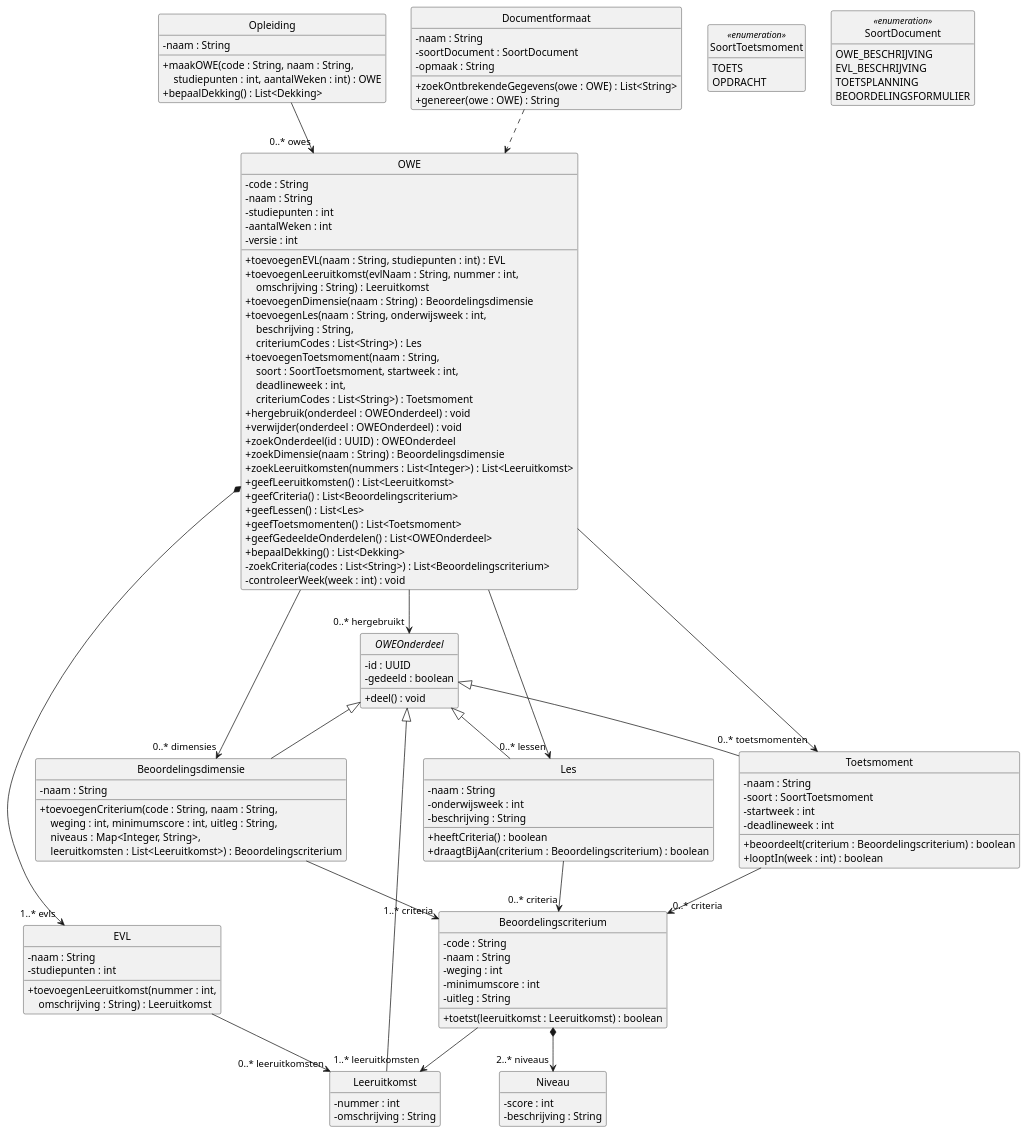
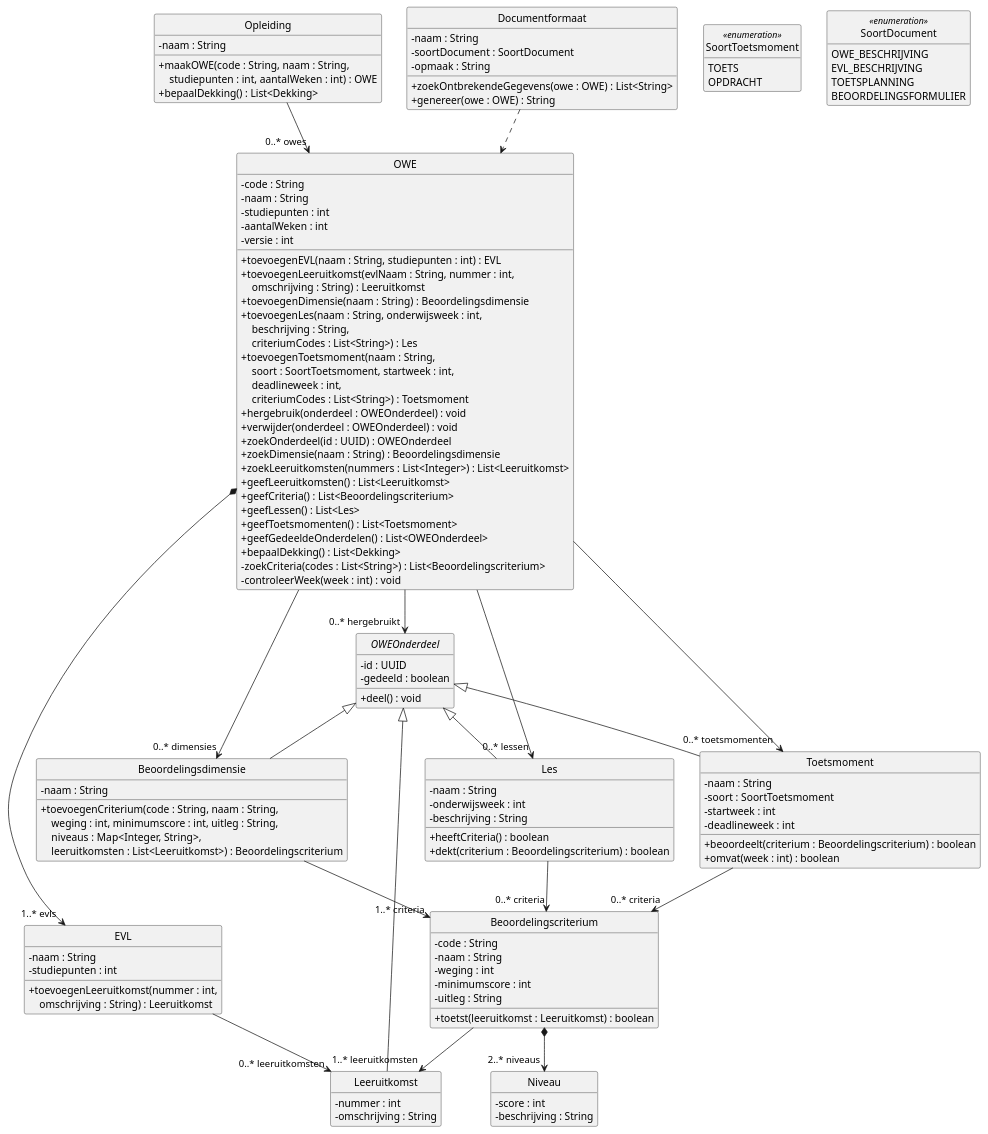
The diagram in docs/diagrams/klassendiagram-domein.puml (HAN-Craftsmanship-KL-JJG/casus), drawn with PlantUML before and after one commit. The commit also changed 4 other files, not shown here.

```diff
--- a/docs/diagrams/klassendiagram-domein.puml
+++ b/docs/diagrams/klassendiagram-domein.puml
@@ -1,145 +1,145 @@
 @startuml klassendiagram-domein
 ' Design class diagram van ICDE: de domeinklassen. Toelichting: docs/klassendiagram.md
 ' Getters en setters staan er niet in, zoals bij Larman (7.6).
 skinparam style strictuml
 skinparam shadowing false
 skinparam defaultFontName Helvetica
 skinparam classAttributeIconSize 0
 hide empty members
 
 class Opleiding {
   - naam : String
   + maakOWE(code : String, naam : String,\n    \
 studiepunten : int, aantalWeken : int) : OWE
   + bepaalDekking() : List<Dekking>
 }
 
 class OWE {
   - code : String
   - naam : String
   - studiepunten : int
   - aantalWeken : int
   - versie : int
   + toevoegenEVL(naam : String, studiepunten : int) : EVL
   + toevoegenLeeruitkomst(evlNaam : String, nummer : int,\n    \
 omschrijving : String) : Leeruitkomst
   + toevoegenDimensie(naam : String) : Beoordelingsdimensie
   + toevoegenLes(naam : String, onderwijsweek : int,\n    \
 beschrijving : String,\n    \
 criteriumCodes : List<String>) : Les
   + toevoegenToetsmoment(naam : String,\n    \
 soort : SoortToetsmoment, startweek : int,\n    \
 deadlineweek : int,\n    \
 criteriumCodes : List<String>) : Toetsmoment
   + hergebruik(onderdeel : OWEOnderdeel) : void
   + verwijder(onderdeel : OWEOnderdeel) : void
   + zoekOnderdeel(id : UUID) : OWEOnderdeel
   + zoekDimensie(naam : String) : Beoordelingsdimensie
   + zoekLeeruitkomsten(nummers : List<Integer>) : List<Leeruitkomst>
   + geefLeeruitkomsten() : List<Leeruitkomst>
   + geefCriteria() : List<Beoordelingscriterium>
   + geefLessen() : List<Les>
   + geefToetsmomenten() : List<Toetsmoment>
   + geefGedeeldeOnderdelen() : List<OWEOnderdeel>
   + bepaalDekking() : List<Dekking>
   - zoekCriteria(codes : List<String>) : List<Beoordelingscriterium>
   - controleerWeek(week : int) : void
 }
 
 class EVL {
   - naam : String
   - studiepunten : int
   + toevoegenLeeruitkomst(nummer : int,\n    \
 omschrijving : String) : Leeruitkomst
 }
 
 abstract class OWEOnderdeel {
   - id : UUID
   - gedeeld : boolean
   + deel() : void
 }
 
 class Leeruitkomst {
   - nummer : int
   - omschrijving : String
 }
 
 class Beoordelingsdimensie {
   - naam : String
   + toevoegenCriterium(code : String, naam : String,\n    \
 weging : int, minimumscore : int, uitleg : String,\n    \
 niveaus : Map<Integer, String>,\n    \
 leeruitkomsten : List<Leeruitkomst>) : Beoordelingscriterium
 }
 
 class Beoordelingscriterium {
   - code : String
   - naam : String
   - weging : int
   - minimumscore : int
   - uitleg : String
   + toetst(leeruitkomst : Leeruitkomst) : boolean
 }
 
 class Niveau {
   - score : int
   - beschrijving : String
 }
 
 class Les {
   - naam : String
   - onderwijsweek : int
   - beschrijving : String
   + heeftCriteria() : boolean
-  + draagtBijAan(criterium : Beoordelingscriterium) : boolean
+  + dekt(criterium : Beoordelingscriterium) : boolean
 }
 
 class Toetsmoment {
   - naam : String
   - soort : SoortToetsmoment
   - startweek : int
   - deadlineweek : int
   + beoordeelt(criterium : Beoordelingscriterium) : boolean
-  + looptIn(week : int) : boolean
+  + omvat(week : int) : boolean
 }
 
 class Documentformaat {
   - naam : String
   - soortDocument : SoortDocument
   - opmaak : String
   + zoekOntbrekendeGegevens(owe : OWE) : List<String>
   + genereer(owe : OWE) : String
 }
 
 enum SoortToetsmoment <<enumeration>> {
   TOETS
   OPDRACHT
 }
 
 enum SoortDocument <<enumeration>> {
   OWE_BESCHRIJVING
   EVL_BESCHRIJVING
   TOETSPLANNING
   BEOORDELINGSFORMULIER
 }
 
 Opleiding --> "0..* owes" OWE
 OWE *--> "1..* evls" EVL
 EVL --> "0..* leeruitkomsten" Leeruitkomst
 OWE --> "0..* dimensies" Beoordelingsdimensie
 Beoordelingsdimensie --> "1..* criteria" Beoordelingscriterium
 Beoordelingscriterium *--> "2..* niveaus" Niveau
 Beoordelingscriterium --> "1..* leeruitkomsten" Leeruitkomst
 OWE --> "0..* lessen" Les
 OWE --> "0..* toetsmomenten" Toetsmoment
 Les --> "0..* criteria" Beoordelingscriterium
 Toetsmoment --> "0..* criteria" Beoordelingscriterium
 OWE --> "0..* hergebruikt" OWEOnderdeel
 
 OWEOnderdeel <|-- Leeruitkomst
 OWEOnderdeel <|-- Beoordelingsdimensie
 OWEOnderdeel <|-- Les
 OWEOnderdeel <|-- Toetsmoment
 
 Documentformaat ..> OWE
 @enduml
```
